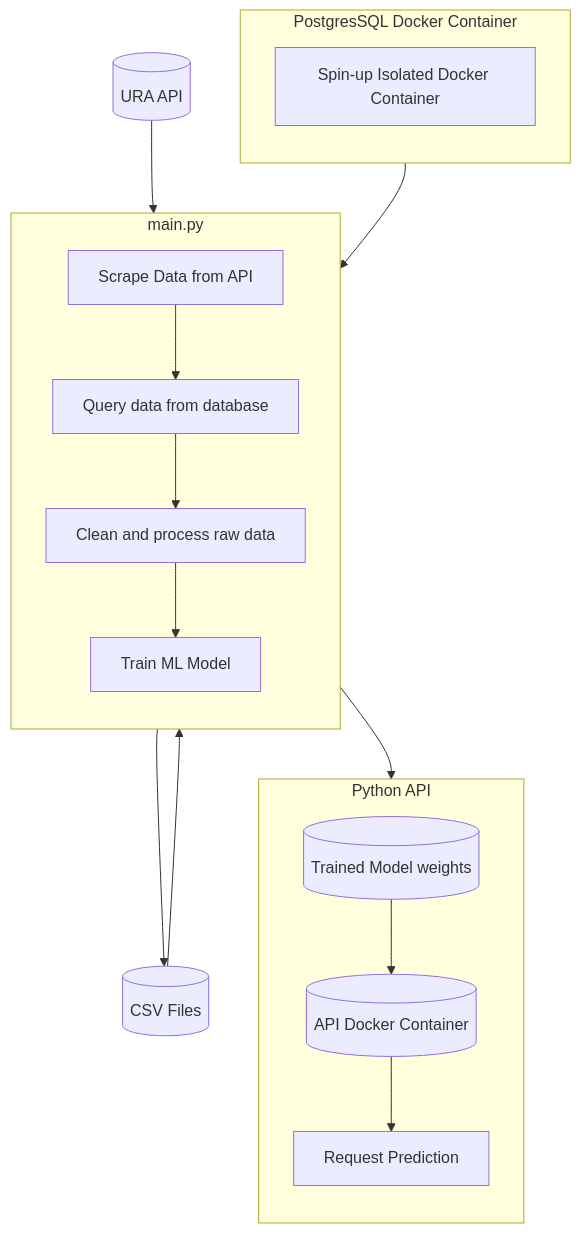
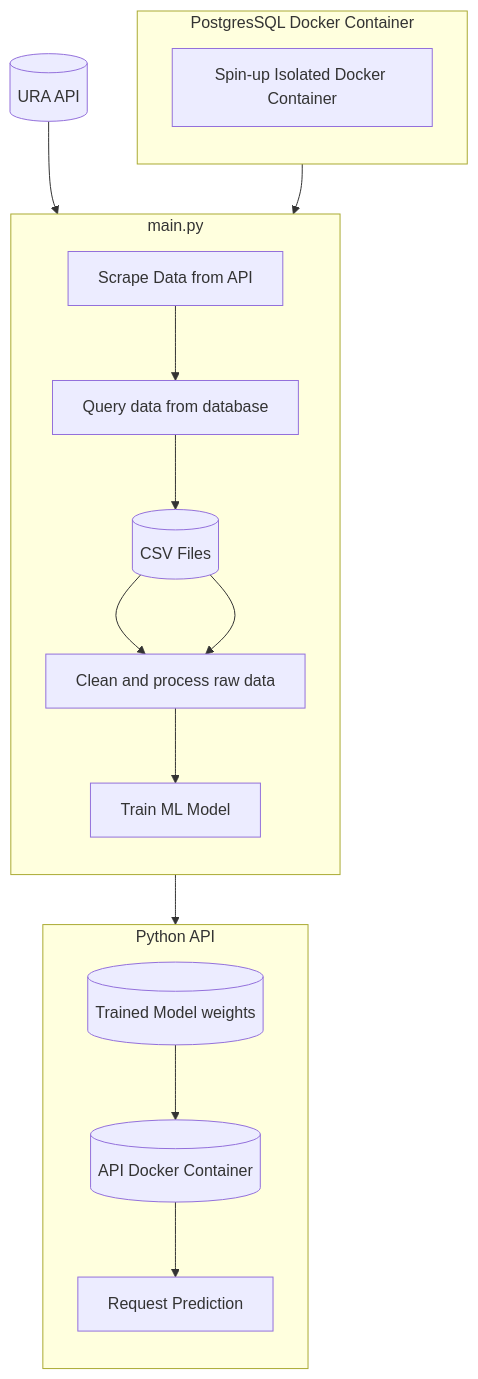
The diagram in README.MD (Lzwk16/URA_ML_pipeline), drawn with Mermaid before and after one commit.

Commit message:
adjust pipeline flow

````diff
--- a/README.MD
+++ b/README.MD
@@ -58,26 +58,27 @@
 ```mermaid
 flowchart TD
    subgraph PostgresSQL Docker Container
    direction TB
       A[Spin-up Isolated Docker Container] 
    end
 
    subgraph main.py
       direction TB
       A --> B[Scrape Data from API]
       B --> C[Query data from database]
-      C --> D[Clean and process raw data]
+      C --> G[(CSV Files)]
+      G[(CSV Files)] --> D[Clean and process raw data]
       D --> E[Train ML Model]
    end
    
-   C --> G[(CSV Files)]
+   
    F[(URA API)] --> B
    G[(CSV Files)] --> D
    E --> H[(Trained Model weights)]
 
    subgraph Python API
    direction TB
       H[(Trained Model weights)] --> I[(API Docker Container)]
       I[(API Docker Container)] --> J[Request Prediction]
    end
 ```
````
